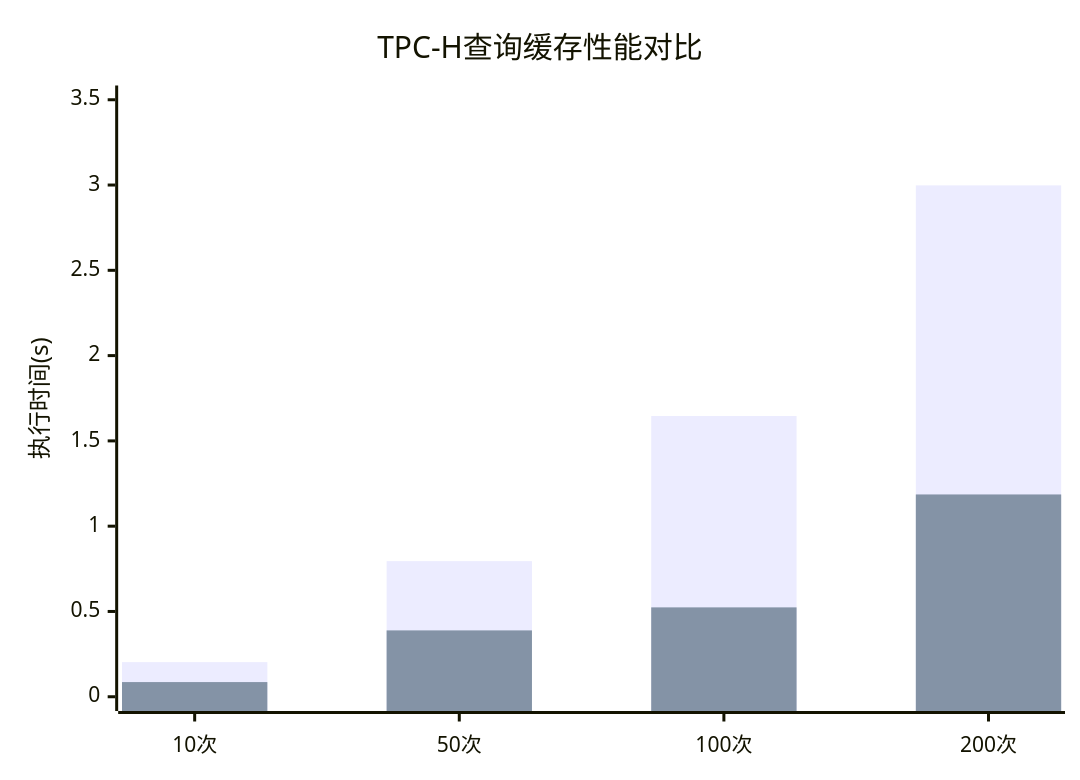
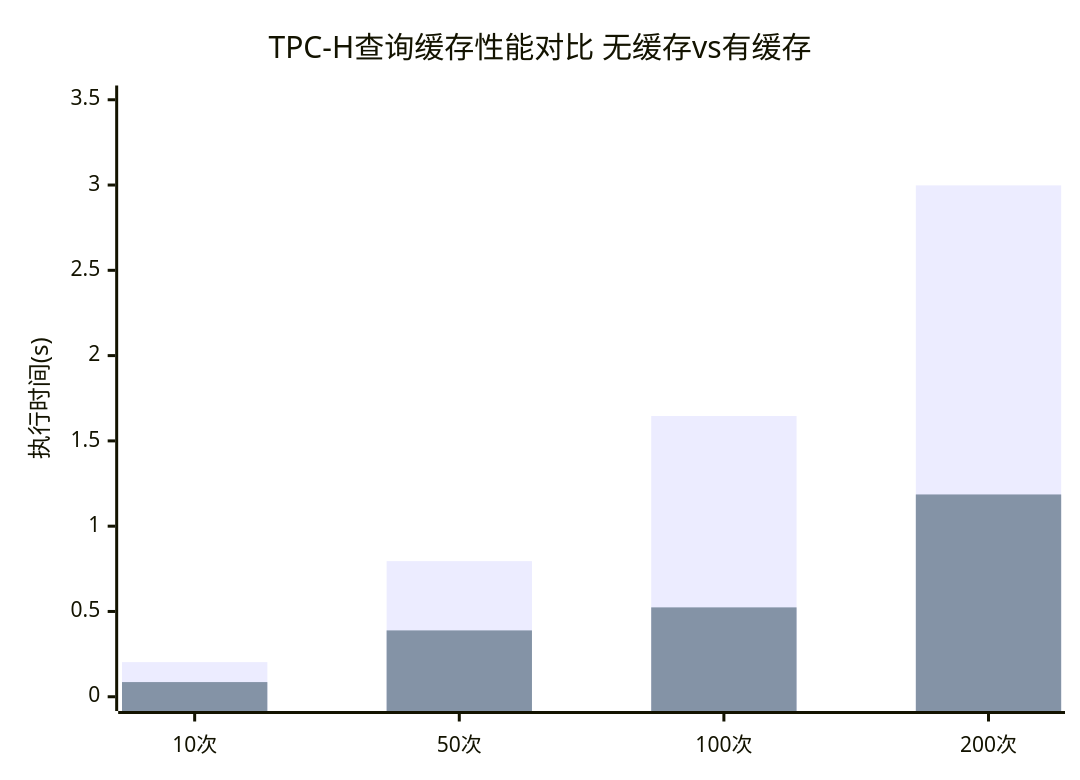
Before and after one commit to crazypenguincode/duckdb: the tenth of 24 diagrams in md/第五章-实验与分析.md, drawn with Mermaid. The commit also changed other lines of this file and 459 other files, not shown here.

````diff
--- a/md/第五章-实验与分析.md
+++ b/md/第五章-实验与分析.md
@@ -365,8 +365,8 @@
 ```mermaid
 xychart-beta
-    title "TPC-H查询缓存性能对比"
+    title "TPC-H查询缓存性能对比 无缓存vs有缓存"
     x-axis ["10次", "50次", "100次", "200次"]
     y-axis "执行时间(s)" 0 --> 3.5
     bar [0.203, 0.795, 1.646, 2.998]
     bar [0.086, 0.389, 0.524, 1.186]
 ```
````
